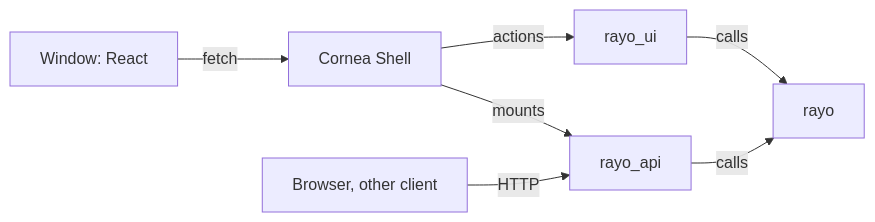
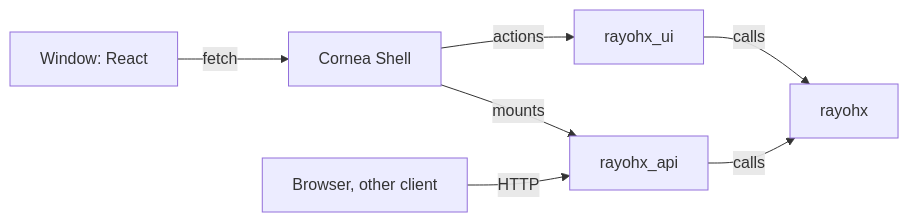
The third of 3 diagrams in docs/architecture.md (coldsofttech/Rayo), drawn with Mermaid before and after one commit. The commit also changed other lines of this file and 92 other files, not shown here.

````diff
--- a/docs/architecture.md
+++ b/docs/architecture.md
@@ -62,9 +62,9 @@
 ```mermaid
 flowchart LR
     W[Window: React] -->|fetch| S[Cornea Shell]
-    S -->|mounts| A[rayo_api]
-    S -->|actions| U[rayo_ui]
+    S -->|mounts| A[rayohx_api]
+    S -->|actions| U[rayohx_ui]
     B[Browser, other client] -->|HTTP| A
-    A -->|calls| L[rayo]
+    A -->|calls| L[rayohx]
     U -->|calls| L
 ```
````
